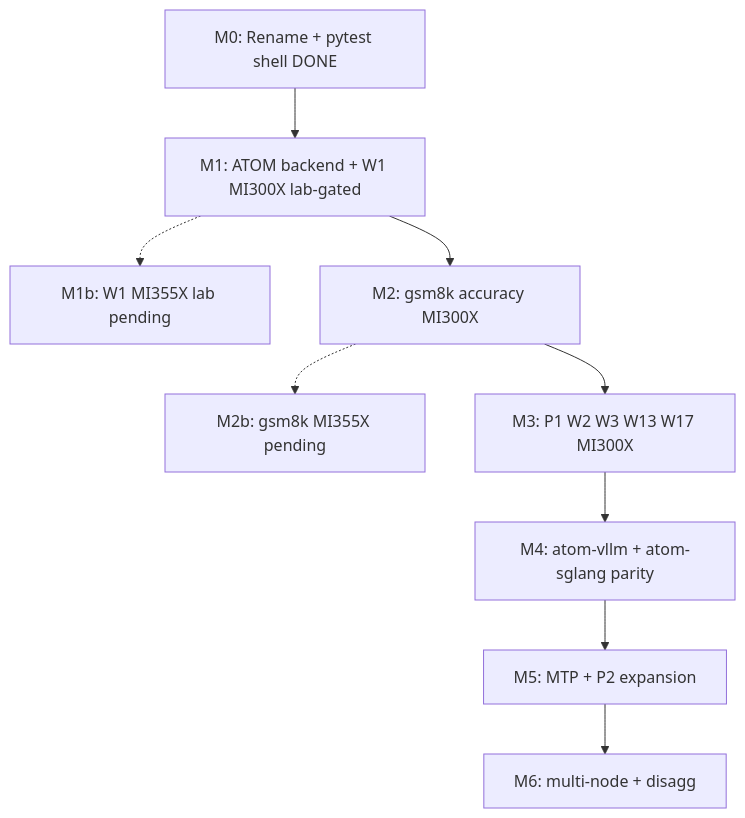
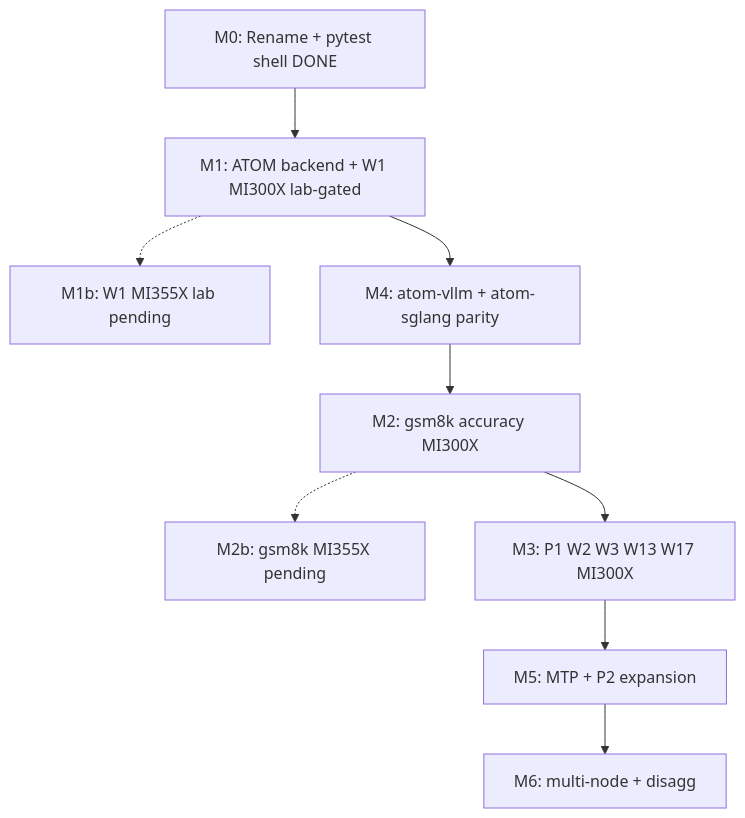
One commit to ROCm/cvs changed the seventh of 8 diagrams in plans/inferencex-atom-cvs-automation-plan.md. Above: the diagram before and after it, drawn with Mermaid. The commit also changed other lines of this file, not shown here.

````diff
--- a/plans/inferencex-atom-cvs-automation-plan.md
+++ b/plans/inferencex-atom-cvs-automation-plan.md
@@ -970,15 +979,15 @@
 ```mermaid
 flowchart TB
   M0["M0: Rename + pytest shell DONE"]
   M1["M1: ATOM backend + W1 MI300X lab-gated"]
   M1P["M1b: W1 MI355X lab pending"]
   M2["M2: gsm8k accuracy MI300X"]
   M2P["M2b: gsm8k MI355X pending"]
   M3["M3: P1 W2 W3 W13 W17 MI300X"]
   M4["M4: atom-vllm + atom-sglang parity"]
   M5["M5: MTP + P2 expansion"]
   M6["M6: multi-node + disagg"]
-  M0 --> M1 --> M2 --> M3 --> M4 --> M5 --> M6
+  M0 --> M1 --> M4 --> M2 --> M3 --> M5 --> M6
   M1 -.-> M1P
   M2 -.-> M2P
 ```
````
